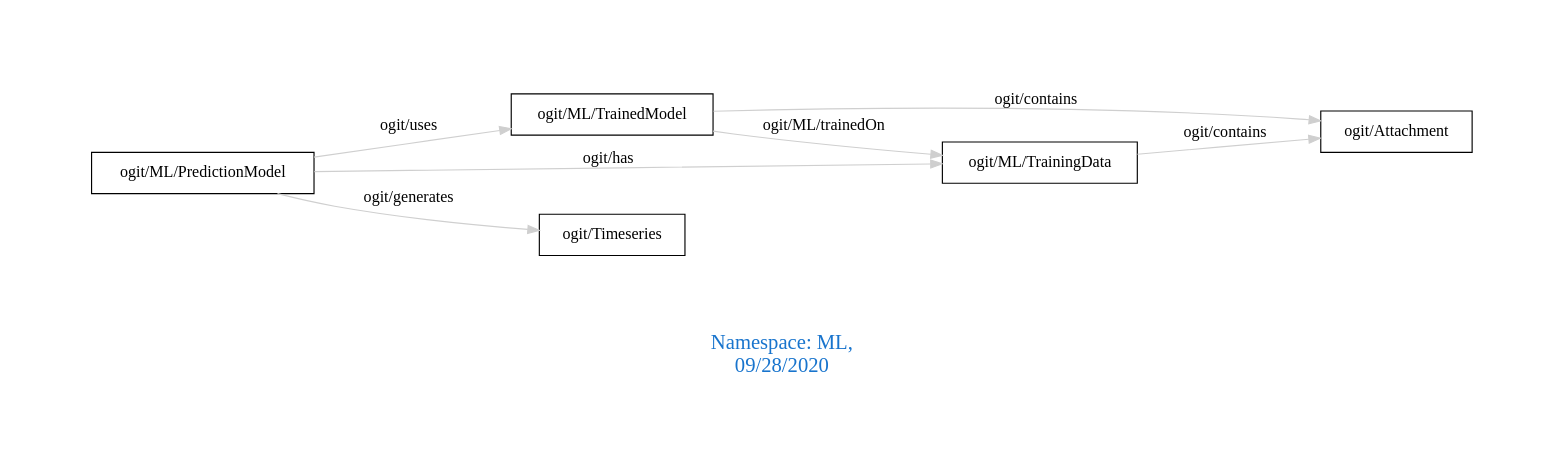
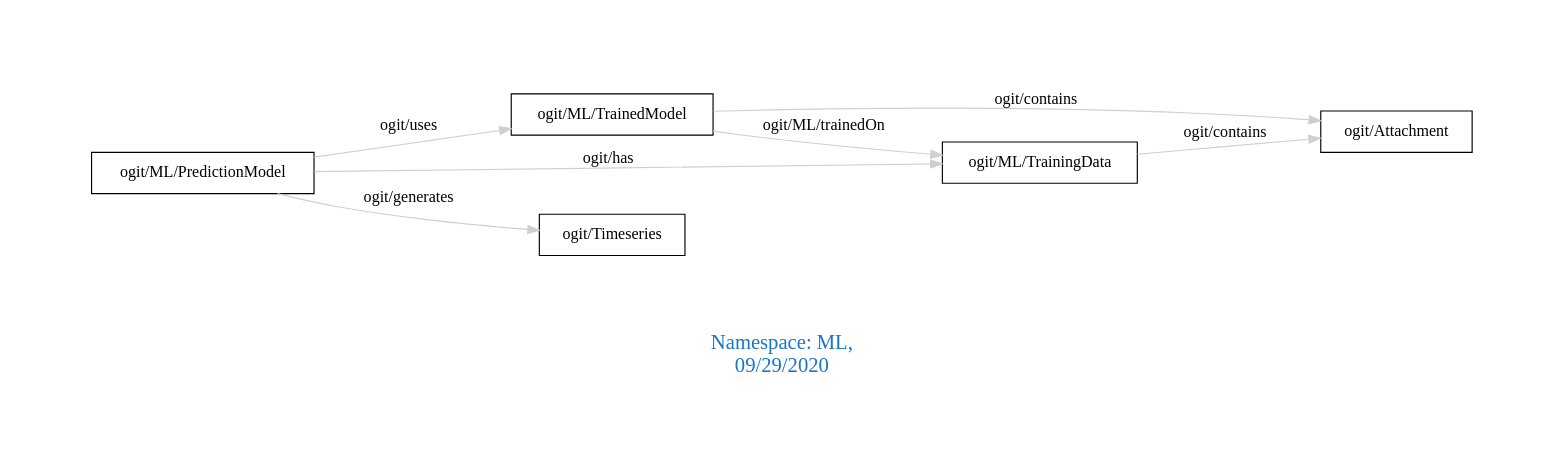
Before and after one commit to arago/OGIT: the diagram in downloads/ML.dot, drawn with Graphviz. The commit also changed 1818 other files, not shown here.

```diff
--- a/downloads/ML.dot
+++ b/downloads/ML.dot
@@ -1,14 +1,14 @@
 digraph OGIT_ontology {
  graph [ rankdir= LR,pad=1 
 fontsize = 18,
-fontcolor= dodgerblue3,label = "\n\n\nNamespace: ML, \n 09/28/2020"];
+fontcolor= dodgerblue3,label = "\n\n\nNamespace: ML, \n 09/29/2020"];
 node[shape=polygon];
 edge [  color="gray81"];
 
    "ogit/ML/TrainedModel" -> "ogit/Attachment" [label="   ogit/contains    "];
    "ogit/ML/TrainingData" -> "ogit/Attachment" [label="   ogit/contains    "];
    "ogit/ML/PredictionModel" -> "ogit/Timeseries" [label="   ogit/generates    "];
    "ogit/ML/TrainedModel" -> "ogit/ML/TrainingData" [label="   ogit/ML/trainedOn    "];
    "ogit/ML/PredictionModel" -> "ogit/ML/TrainedModel" [label="   ogit/uses    "];
    "ogit/ML/PredictionModel" -> "ogit/ML/TrainingData" [label="   ogit/has    "];
 }
```
